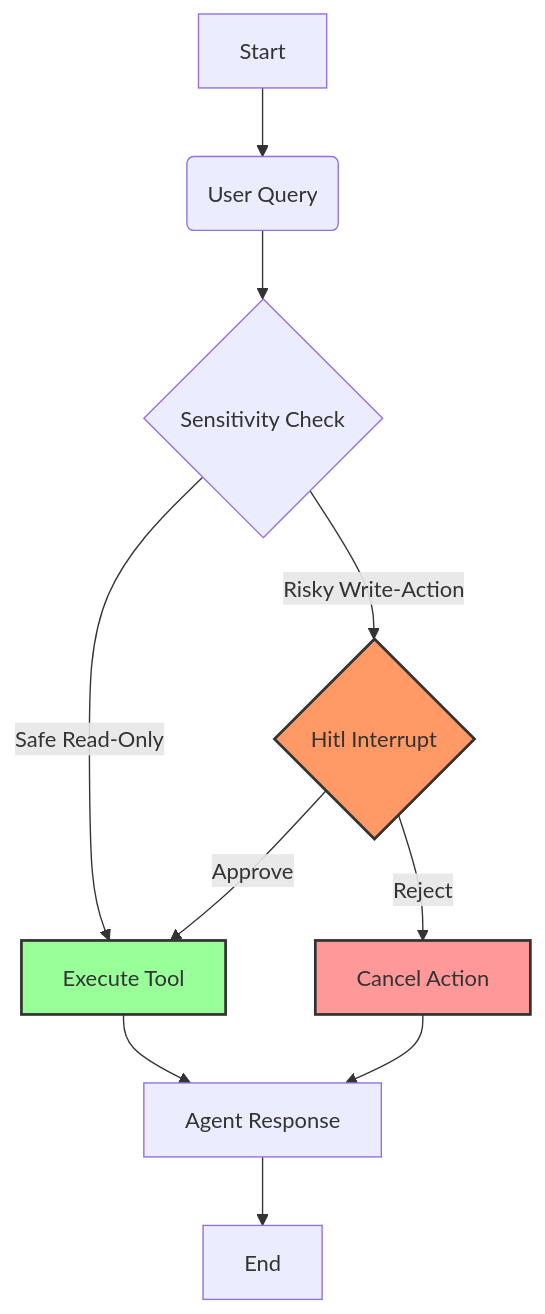
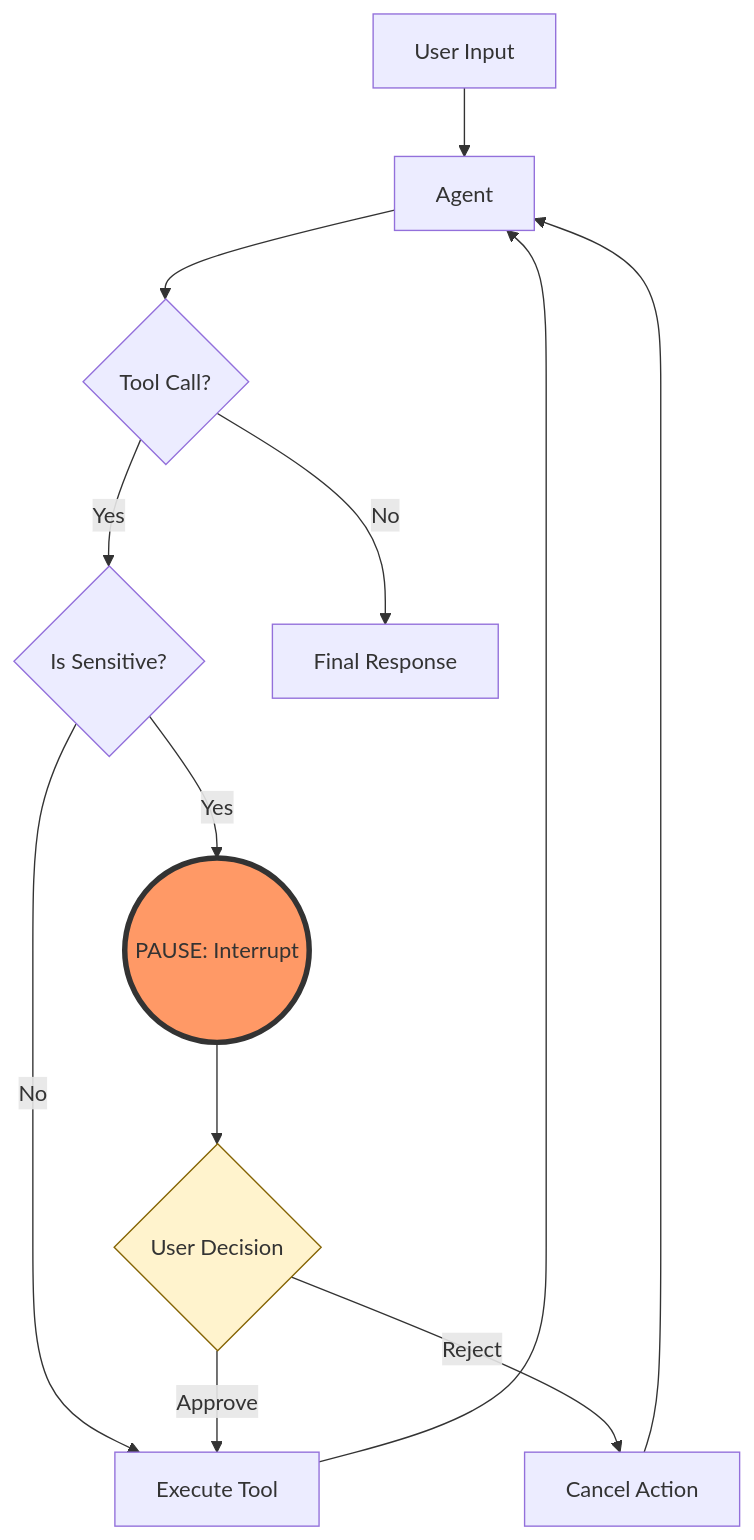
One commit to ashumishra2104/Human_in_the_loop_demo changed the third of 3 diagrams in README.md. Above: the diagram before and after it, drawn with Mermaid. The commit also changed other lines of this file, not shown here.

Commit message:
Docs: Replace generic workflow with specific per-demo Mermaid charts

````diff
--- a/README.md
+++ b/README.md
@@ -74,16 +59,19 @@
 ```mermaid
 graph TD
-    A[Start] --> B(User Query)
-    B --> C{Sensitivity Check}
-    C -->|Safe Read-Only| D[Execute Tool]
-    C -->|Risky Write-Action| E{Hitl Interrupt}
-    E -->|Approve| D
-    E -->|Reject| F[Cancel Action]
-    D --> G[Agent Response]
-    F --> G
-    G --> H[End]
+    A[User Input] --> B[Agent]
+    B --> C{Tool Call?}
+    C -- Yes --> D{Is Sensitive?}
+    D -- No --> E[Execute Tool]
+    D -- Yes --> F((PAUSE: Interrupt))
     
-    style E fill:#f96,stroke:#333,stroke-width:2px
-    style D fill:#9f9,stroke:#333,stroke-width:2px
-    style F fill:#f99,stroke:#333,stroke-width:2px
+    F --> G{User Decision}
+    G -- Approve --> E
+    G -- Reject --> H[Cancel Action]
+    
+    E --> B
+    H --> B
+    C -- No --> I[Final Response]
+
+    style F fill:#f96,stroke:#333,stroke-width:4px
+    style G fill:#fff3cd,stroke:#856404
 ```
````
